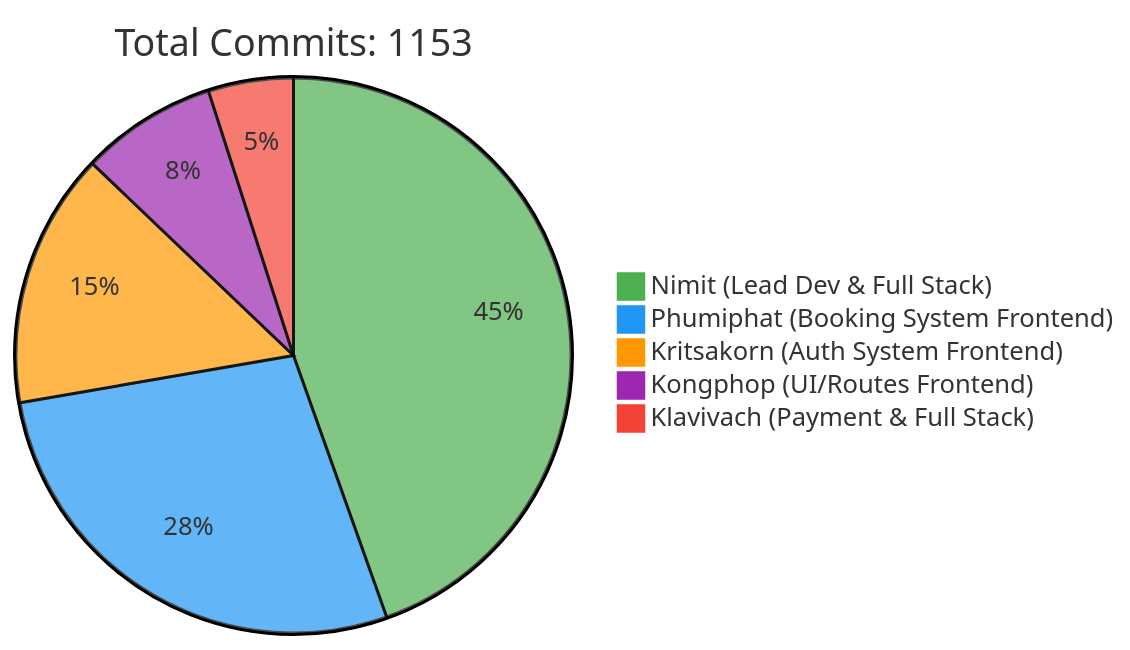
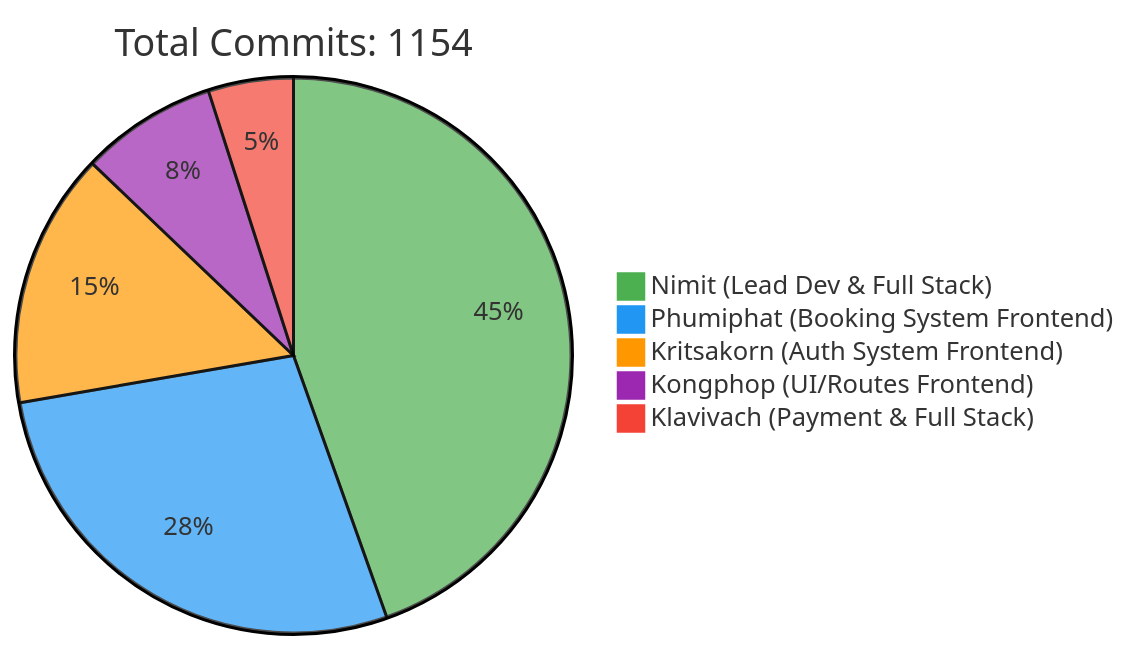
Before and after one commit to 6531503042/Sport-Complex: the first of 2 diagrams in README.md, drawn with Mermaid. The commit also changed other lines of this file, not shown here.

Commit message:
docs: Update contributor statistics [skip ci]

````diff
--- a/README.md
+++ b/README.md
@@ -257,10 +257,10 @@
 ```mermaid
 %%{init: {'theme': 'base', 'themeVariables': { 'pie1': '#4CAF50', 'pie2': '#2196F3', 'pie3': '#FF9800', 'pie4': '#9C27B0', 'pie5': '#F44336'}}}%%
 pie
-    title Total Commits: 1153
+    title Total Commits: 1154
     "Nimit (Lead Dev & Full Stack)" : 450
     "Phumiphat (Booking System Frontend)" : 280
     "Kritsakorn (Auth System Frontend)" : 150
     "Kongphop (UI/Routes Frontend)" : 80
     "Klavivach (Payment & Full Stack)" : 50
 ```
````
